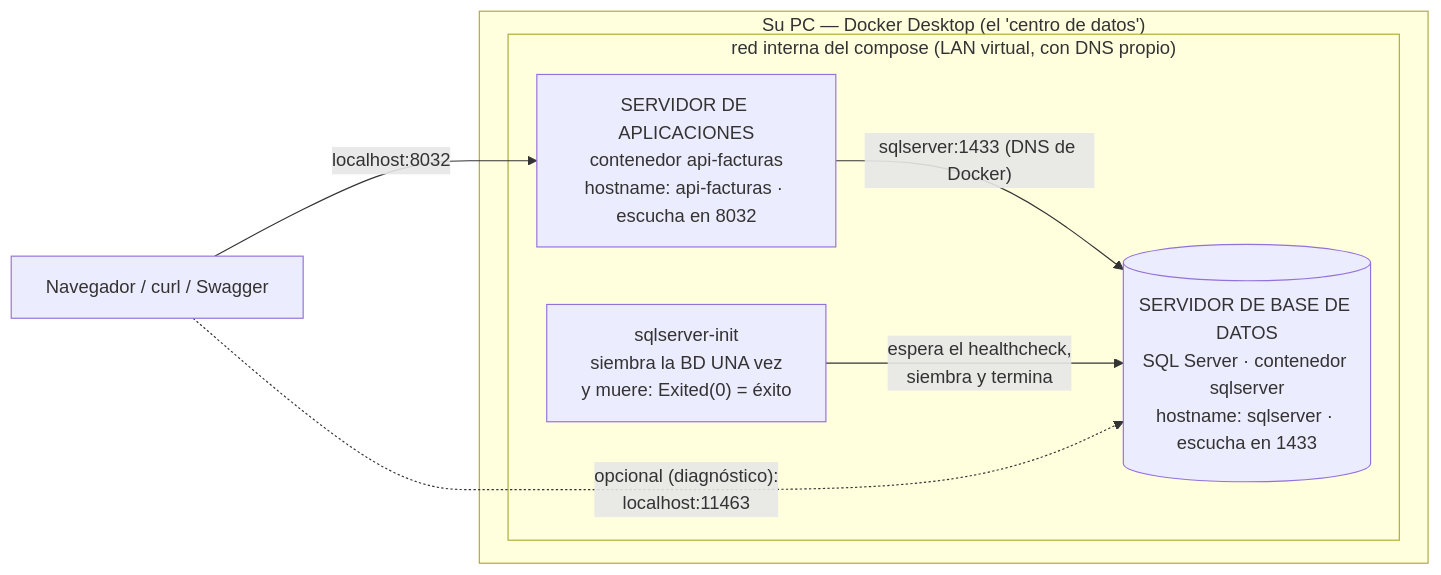
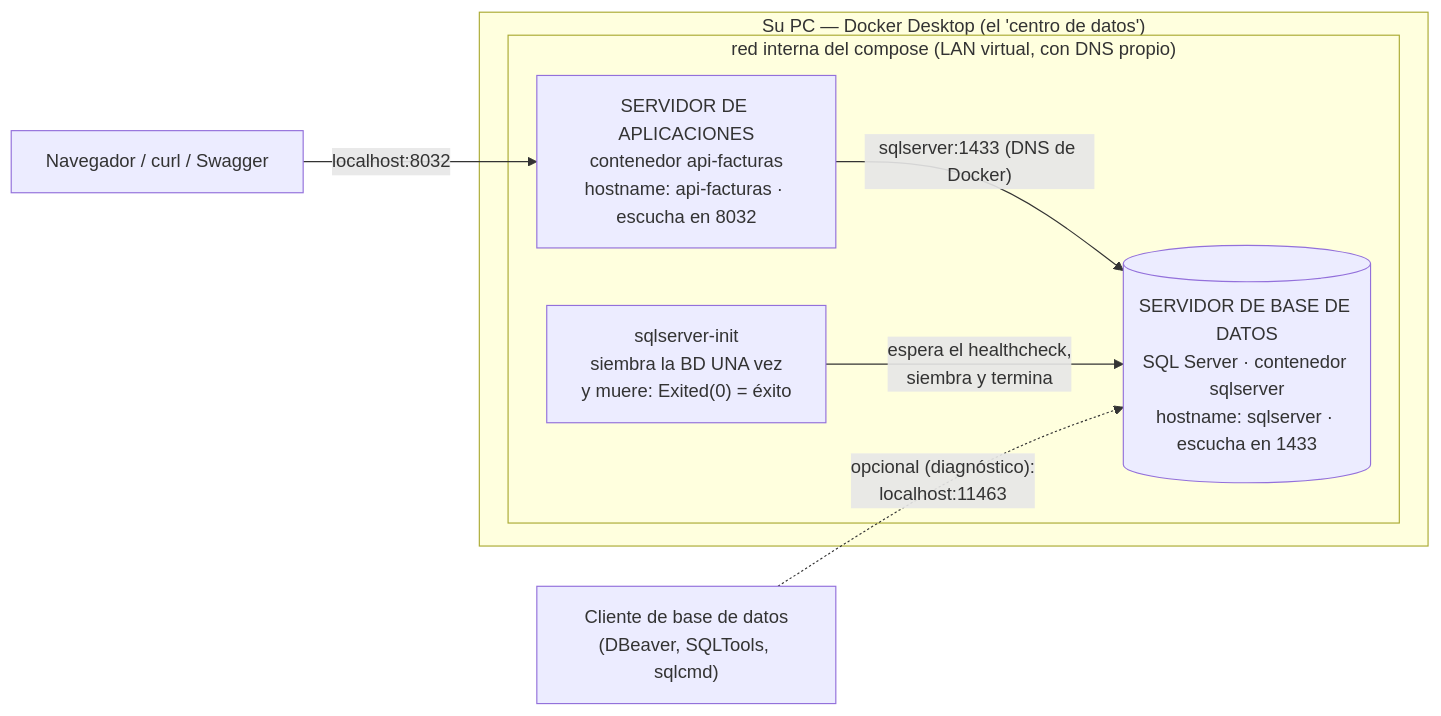
The first of 2 diagrams in docs/CONCEPTOS_DOCKER.md (ccastro2050/proyecto_aplicacion_y_servicios_web1), drawn with Mermaid before and after one commit. The commit also changed other lines of this file, not shown here.

First line of the commit message:
docs(docker): el diagrama sale del docker-compose real, y ninguna flecha miente

````diff
--- a/docs/CONCEPTOS_DOCKER.md
+++ b/docs/CONCEPTOS_DOCKER.md
@@ -193,15 +193,16 @@
 ```mermaid
 flowchart LR
     NAV["Navegador / curl / Swagger"]
+    CLIENTE["Cliente de base de datos<br/>(DBeaver, SQLTools, sqlcmd)"]
     subgraph PC["Su PC — Docker Desktop (el 'centro de datos')"]
         subgraph RED["red interna del compose (LAN virtual, con DNS propio)"]
             APIFACTURAS["SERVIDOR DE APLICACIONES<br/>contenedor api-facturas<br/>hostname: api-facturas · escucha en 8032"]
+            SQLSERVERINIT["sqlserver-init<br/>siembra la BD UNA vez<br/>y muere: Exited(0) = éxito"]
             SQLSERVER[("SERVIDOR DE BASE DE DATOS<br/>SQL Server · contenedor sqlserver<br/>hostname: sqlserver · escucha en 1433")]
-            SQLSERVERINIT["sqlserver-init<br/>siembra la BD UNA vez<br/>y muere: Exited(0) = éxito"]
         end
     end
     NAV -->|"localhost:8032"| APIFACTURAS
     APIFACTURAS -->|"sqlserver:1433 (DNS de Docker)"| SQLSERVER
     SQLSERVERINIT -->|"espera el healthcheck,<br/>siembra y termina"| SQLSERVER
-    NAV -.->|"opcional (diagnóstico):<br/>localhost:11463"| SQLSERVER
+    CLIENTE -.->|"opcional (diagnóstico):<br/>localhost:11463"| SQLSERVER
 ```
````
